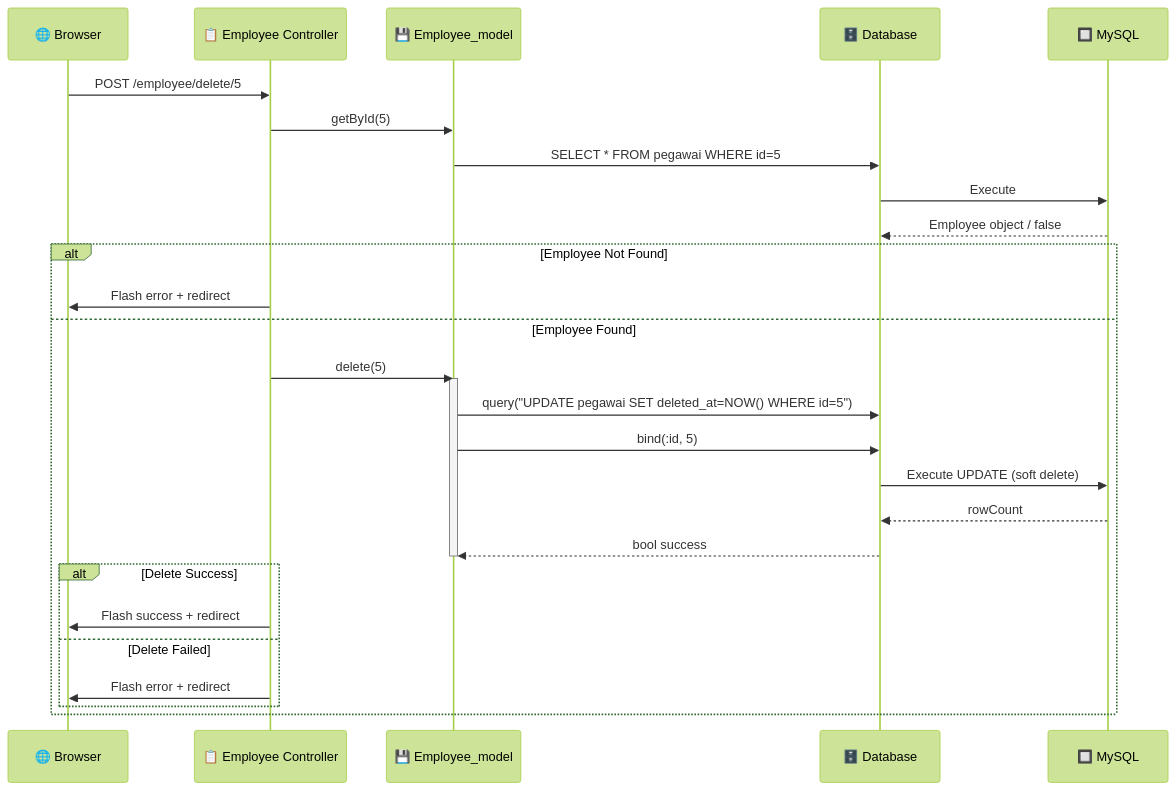
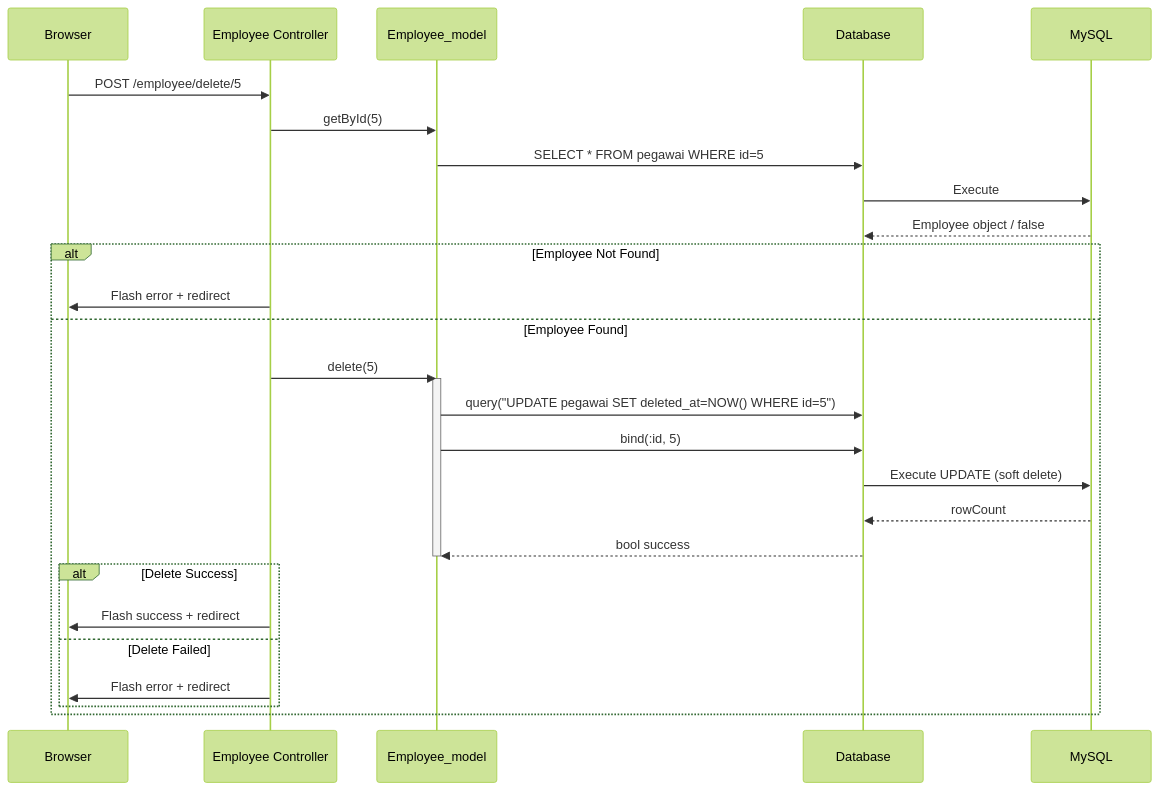
Before and after one commit to zuudevs/Implementasi-MVC-pada-Aplikasi-Manajemen-Kepegawaian: the ninth of 9 diagrams in docs/ARCHITECTURE.md, drawn with Mermaid (forest theme). The commit also changed other lines of this file, not shown here.

````diff
--- a/docs/ARCHITECTURE.md
+++ b/docs/ARCHITECTURE.md
@@ -441,33 +451,33 @@
 ```mermaid
 sequenceDiagram
-    participant Browser as 🌐 Browser
-    participant Controller as 📋 Employee Controller
-    participant Model as 💾 Employee_model
-    participant DB as 🗄️ Database
-    participant MySQL as 🔲 MySQL
+    participant Browser as Browser
+    participant Controller as Employee Controller
+    participant Model as Employee_model
+    participant DB as Database
+    participant MySQL as MySQL
 
     Browser->>Controller: POST /employee/delete/5
     Controller->>Model: getById(5)
     Model->>DB: SELECT * FROM pegawai WHERE id=5
     DB->>MySQL: Execute
     MySQL-->>DB: Employee object / false
 
     alt Employee Not Found
         Controller->>Browser: Flash error + redirect
     else Employee Found
         Controller->>Model: delete(5)
         activate Model
         Model->>DB: query("UPDATE pegawai SET deleted_at=NOW() WHERE id=5")
         Model->>DB: bind(:id, 5)
         DB->>MySQL: Execute UPDATE (soft delete)
         MySQL-->>DB: rowCount
         DB-->>Model: bool success
         deactivate Model
 
         alt Delete Success
             Controller->>Browser: Flash success + redirect
         else Delete Failed
             Controller->>Browser: Flash error + redirect
         end
     end
 ```
````
